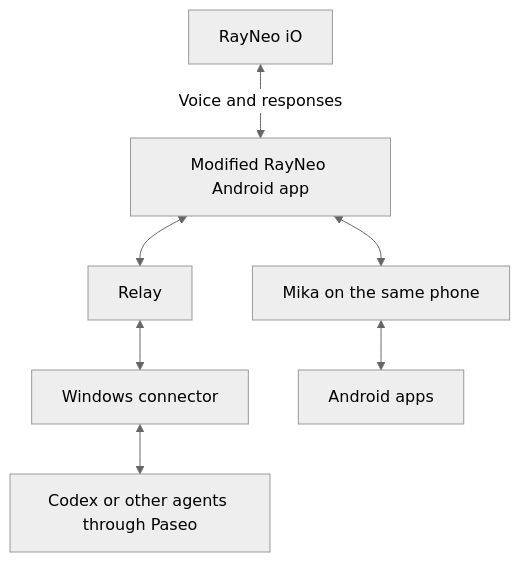
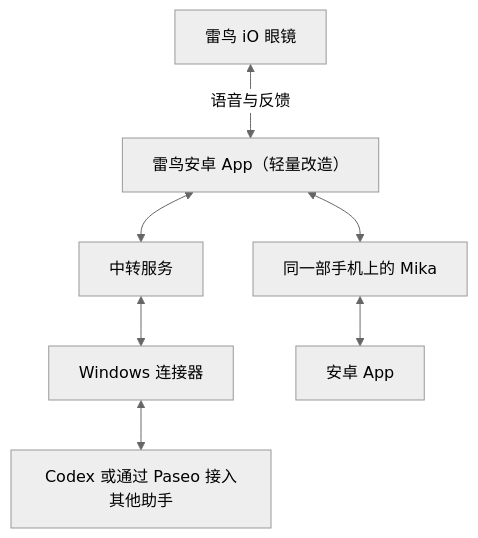
One commit to turbotang2333/io-voice-control changed the diagram in README.md. Above: the diagram before and after it, drawn with Mermaid (neutral theme). The commit also changed other lines of this file and 8 other files, not shown here.

````diff
--- a/README.md
+++ b/README.md
@@ -106,9 +107,9 @@
 ```mermaid
 flowchart TB
-    glasses["RayNeo iO"] <-->|Voice and responses| phone["Modified RayNeo Android app"]
-    phone <--> relay["Relay"]
-    relay <--> connector["Windows connector"]
-    connector <--> agents["Codex or other agents through Paseo"]
-    phone <--> mika["Mika on the same phone"]
-    mika <--> apps["Android apps"]
+    glasses["雷鸟 iO 眼镜"] <-->|语音与反馈| phone["雷鸟安卓 App（轻量改造）"]
+    phone <--> relay["中转服务"]
+    relay <--> connector["Windows 连接器"]
+    connector <--> agents["Codex 或通过 Paseo 接入其他助手"]
+    phone <--> mika["同一部手机上的 Mika"]
+    mika <--> apps["安卓 App"]
 ```
````
